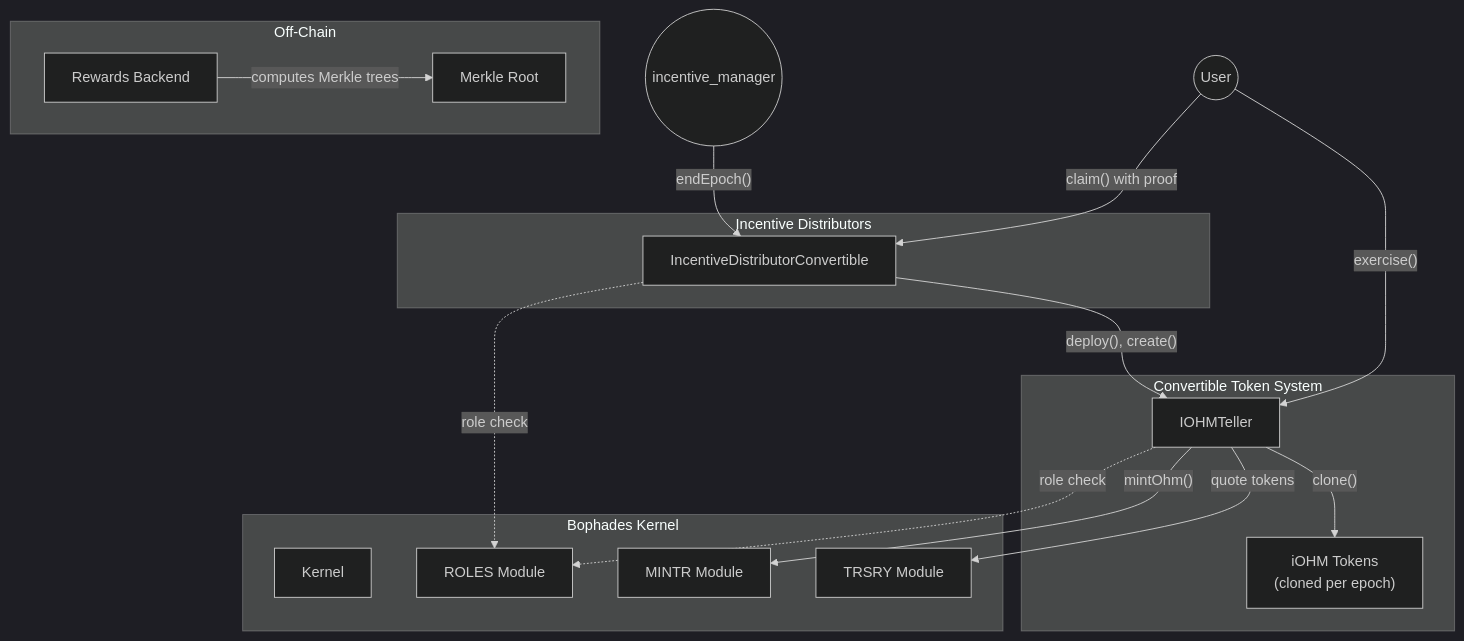
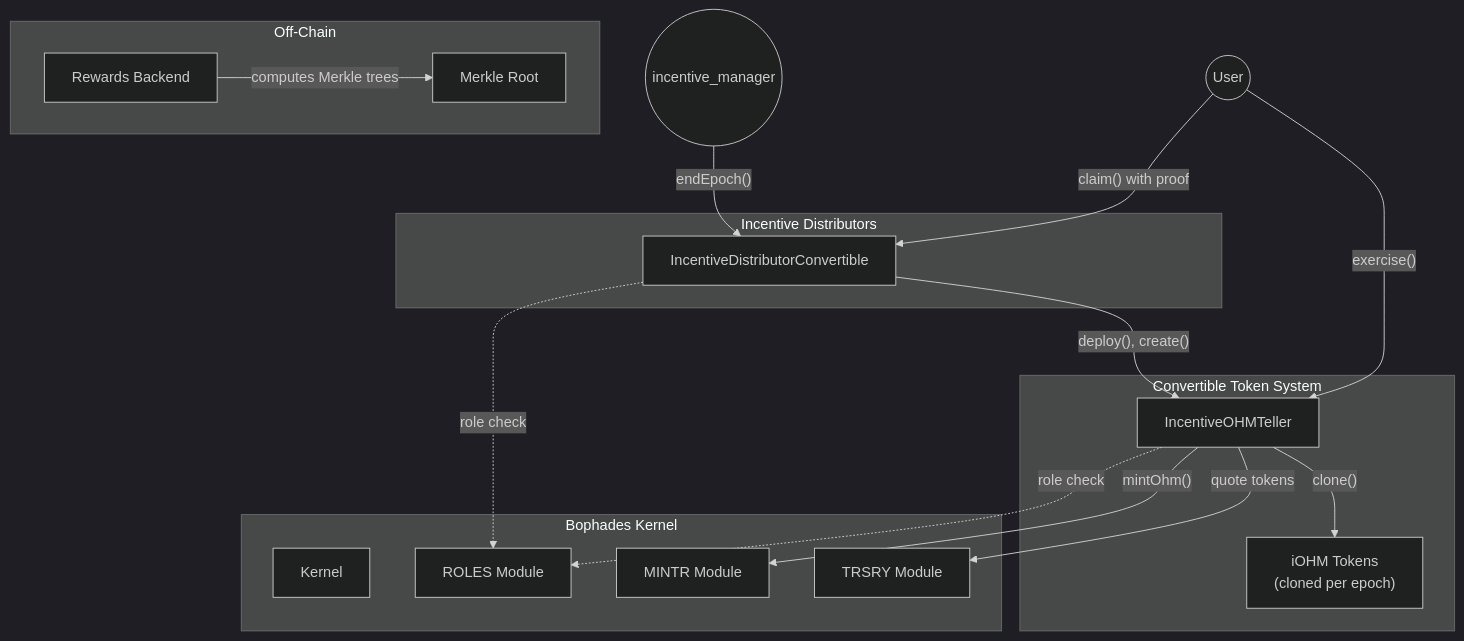
Before and after one commit to OlympusDAO/olympus-v3: the first of 6 diagrams in audit/2026-03_incentives/README.md, drawn with Mermaid (dark theme). The commit also changed other lines of this file and 19 other files, not shown here.

````diff
--- a/audit/2026-03_incentives/README.md
+++ b/audit/2026-03_incentives/README.md
@@ -138,37 +138,37 @@
 ```mermaid
 flowchart TD
     subgraph Off-Chain
         Backend["Rewards Backend"]
         Backend -->|"computes Merkle trees"| MerkleRoot["Merkle Root"]
     end
 
     subgraph Bophades Kernel
         Kernel["Kernel"]
         ROLES["ROLES Module"]
         MINTR["MINTR Module"]
         TRSRY["TRSRY Module"]
     end
 
     subgraph Incentive Distributors
         DistConv["IncentiveDistributorConvertible"]
     end
 
     subgraph Convertible Token System
-        Teller["IOHMTeller"]
+        Teller["IncentiveOHMTeller"]
         ConvToken["iOHM Tokens\n(cloned per epoch)"]
     end
 
     Admin((incentive_manager)) -->|"endEpoch()"| DistConv
 
     DistConv -->|"deploy(), create()"| Teller
     Teller -->|"clone()"| ConvToken
 
     User((User)) -->|"claim() with proof"| DistConv
     User -->|"exercise()"| Teller
 
     Teller -->|"mintOhm()"| MINTR
     Teller -->|"quote tokens"| TRSRY
 
     DistConv -.->|"role check"| ROLES
     Teller -.->|"role check"| ROLES
 ```
````
